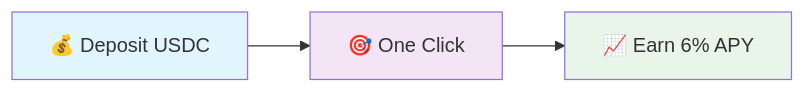
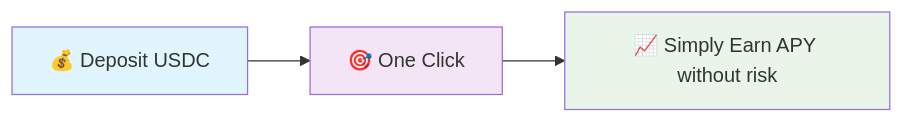
One commit to groverInnovate/DeltaEase changed the first of 5 diagrams in README.md. Above: the diagram before and after it, drawn with Mermaid.

````diff
--- a/README.md
+++ b/README.md
@@ -29,8 +29,8 @@
 ```mermaid
 graph LR
-    A[💰 Deposit USDC] --> B[🎯 One Click] --> C[📈 Earn 6% APY]
+    A[💰 Deposit USDC] --> B[🎯 One Click] --> C[📈 Simply Earn APY without risk]
     
     style A fill:#e1f5fe
     style B fill:#f3e5f5
     style C fill:#e8f5e8
 ```
````
